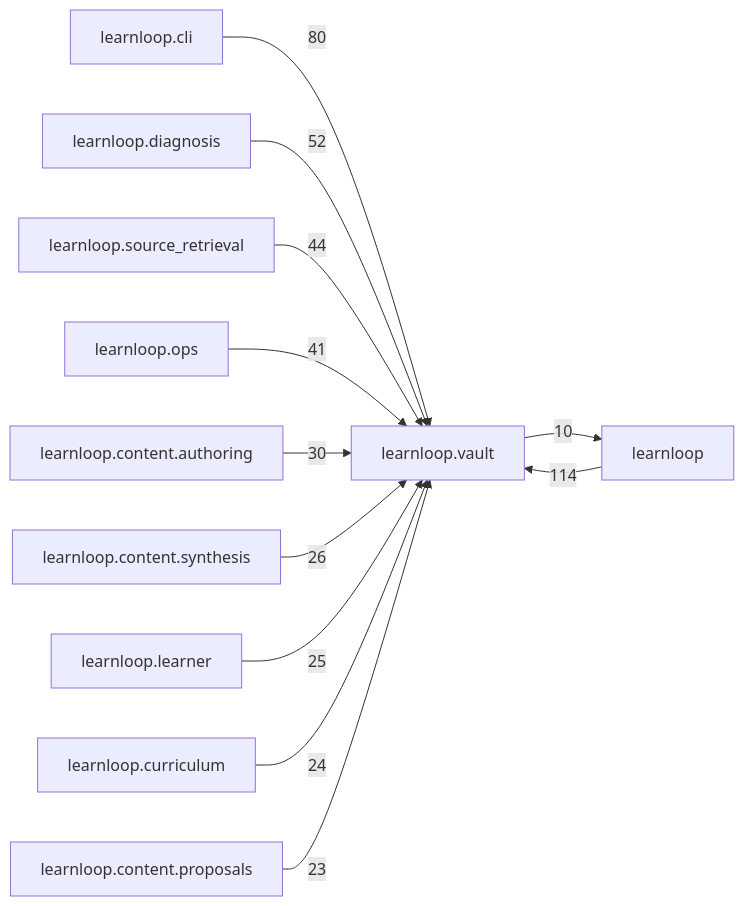
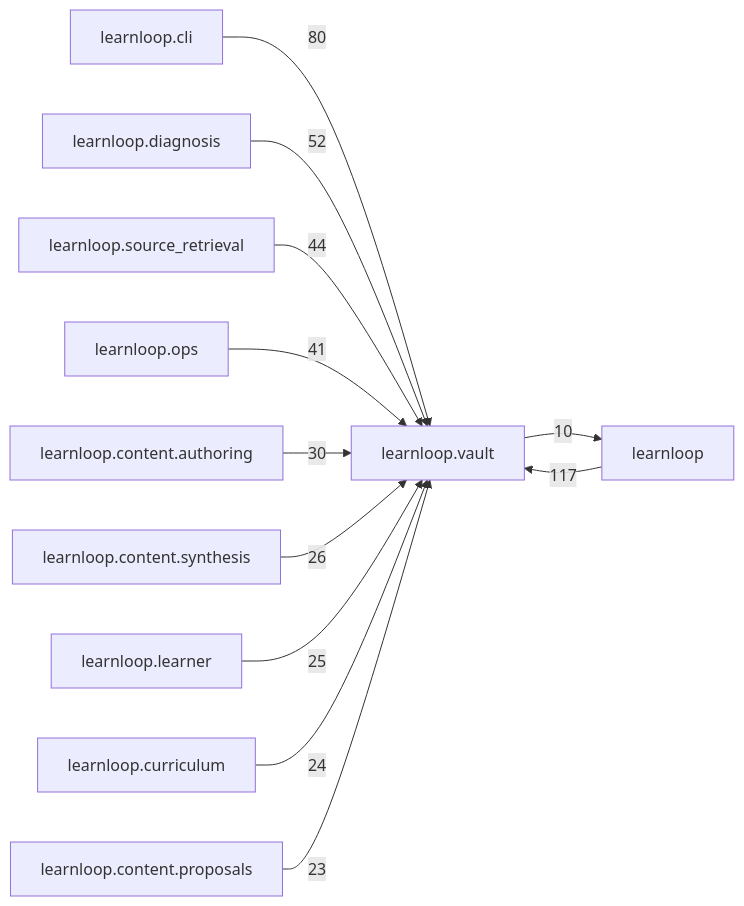
Before and after one commit to 6up-b/learnanything: the diagram in docs/learnloop-architecture-vault/Reference/Modules/learnloop/vault/_package.md, drawn with Mermaid. The commit also changed other lines of this file and 532 other files, not shown here.

````diff
--- a/docs/learnloop-architecture-vault/Reference/Modules/learnloop/vault/_package.md
+++ b/docs/learnloop-architecture-vault/Reference/Modules/learnloop/vault/_package.md
@@ -139,25 +139,25 @@
 ```mermaid
 flowchart LR
     center["learnloop.vault"]
     n_learnloop["learnloop"]
     n_learnloop_cli["learnloop.cli"]
     n_learnloop_diagnosis["learnloop.diagnosis"]
     n_learnloop_source_retrieval["learnloop.source_retrieval"]
     n_learnloop_ops["learnloop.ops"]
     n_learnloop_content_authoring["learnloop.content.authoring"]
     n_learnloop_content_synthesis["learnloop.content.synthesis"]
     n_learnloop_learner["learnloop.learner"]
     n_learnloop_curriculum["learnloop.curriculum"]
     n_learnloop_content_proposals["learnloop.content.proposals"]
-    n_learnloop -->|114| center
+    n_learnloop -->|117| center
     center -->|10| n_learnloop
     n_learnloop_cli -->|80| center
     n_learnloop_diagnosis -->|52| center
     n_learnloop_source_retrieval -->|44| center
     n_learnloop_ops -->|41| center
     n_learnloop_content_authoring -->|30| center
     n_learnloop_content_synthesis -->|26| center
     n_learnloop_learner -->|25| center
     n_learnloop_curriculum -->|24| center
     n_learnloop_content_proposals -->|23| center
 ```
````
